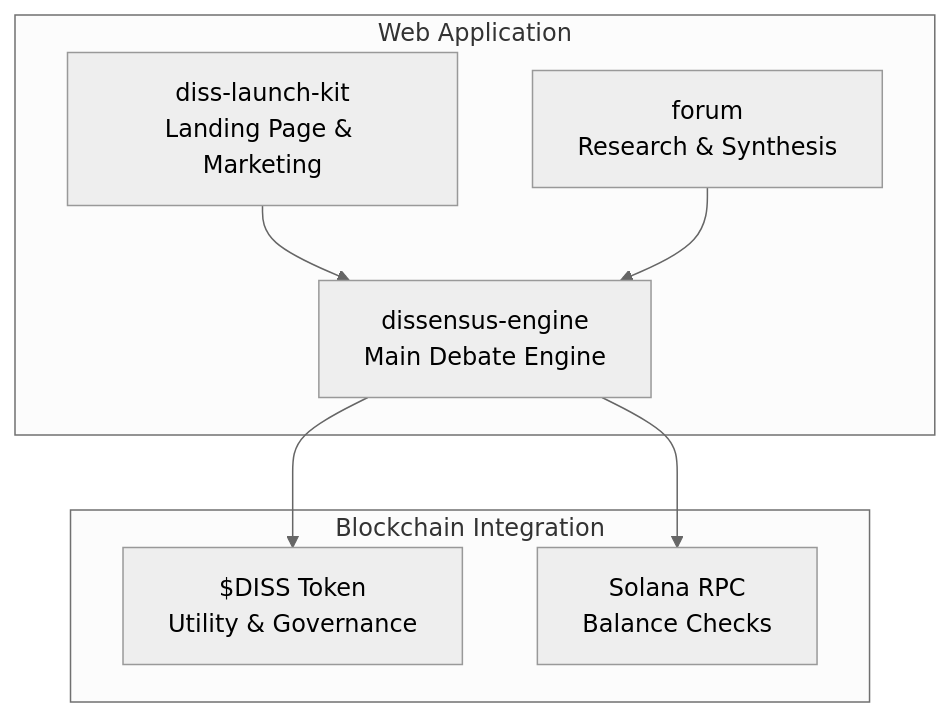
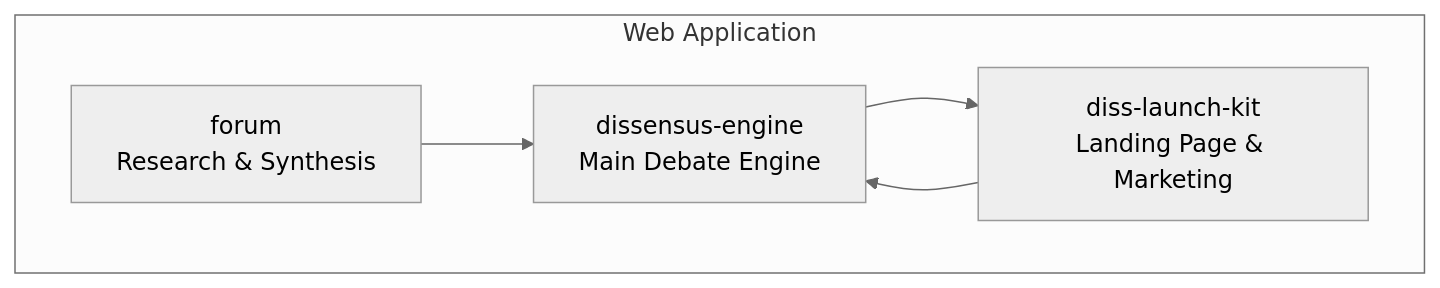
The first of 6 diagrams in .qoder/repowiki/en/content/Project Overview/Project Overview.md (RunTimeAdmin/tri-ai), drawn with Mermaid (neutral theme) before and after one commit. The commit also changed other lines of this file and 46 other files, not shown here.

````diff
--- a/.qoder/repowiki/en/content/Project Overview/Project Overview.md
+++ b/.qoder/repowiki/en/content/Project Overview/Project Overview.md
@@ -42,16 +49,11 @@
 ```mermaid
 graph TB
 subgraph "Web Application"
 A["dissensus-engine<br/>Main Debate Engine"]
 B["diss-launch-kit<br/>Landing Page & Marketing"]
 C["forum<br/>Research & Synthesis"]
 end
-subgraph "Blockchain Integration"
-D["$DISS Token<br/>Utility & Governance"]
-E["Solana RPC<br/>Balance Checks"]
-end
-A --> D
+A --> B
 B --> A
 C --> A
-A --> E
 ```
````
